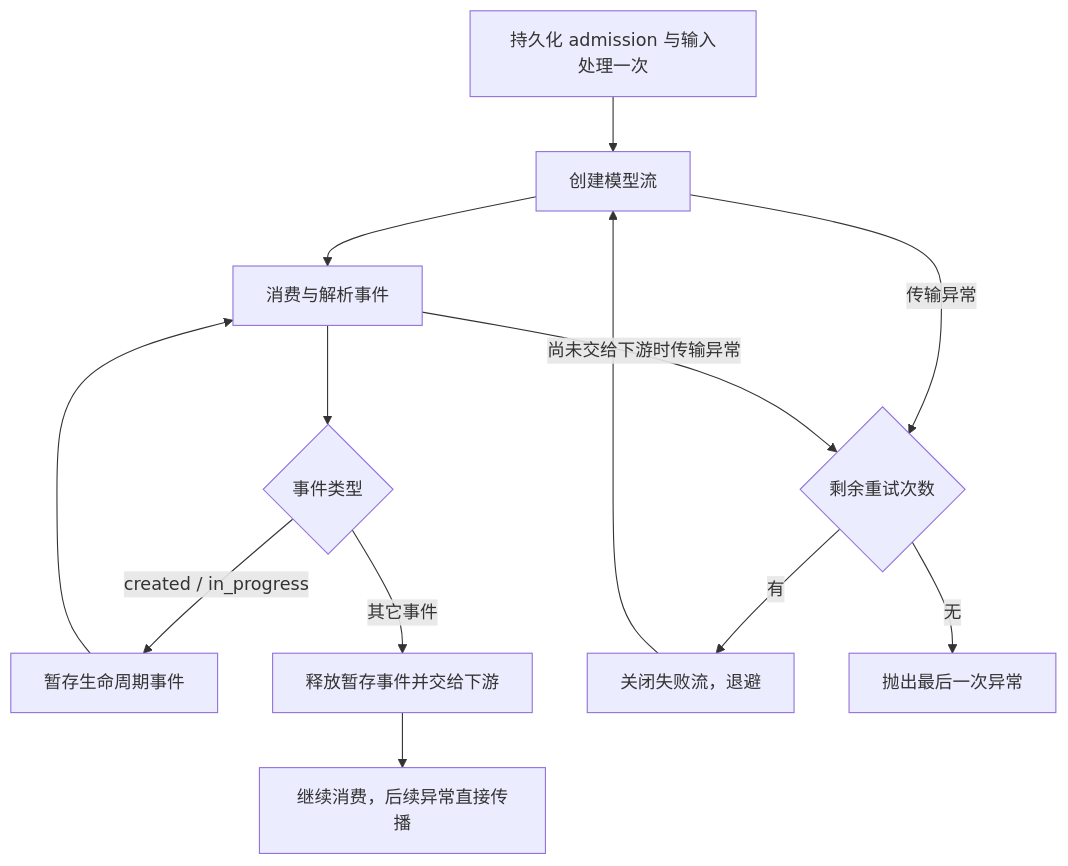
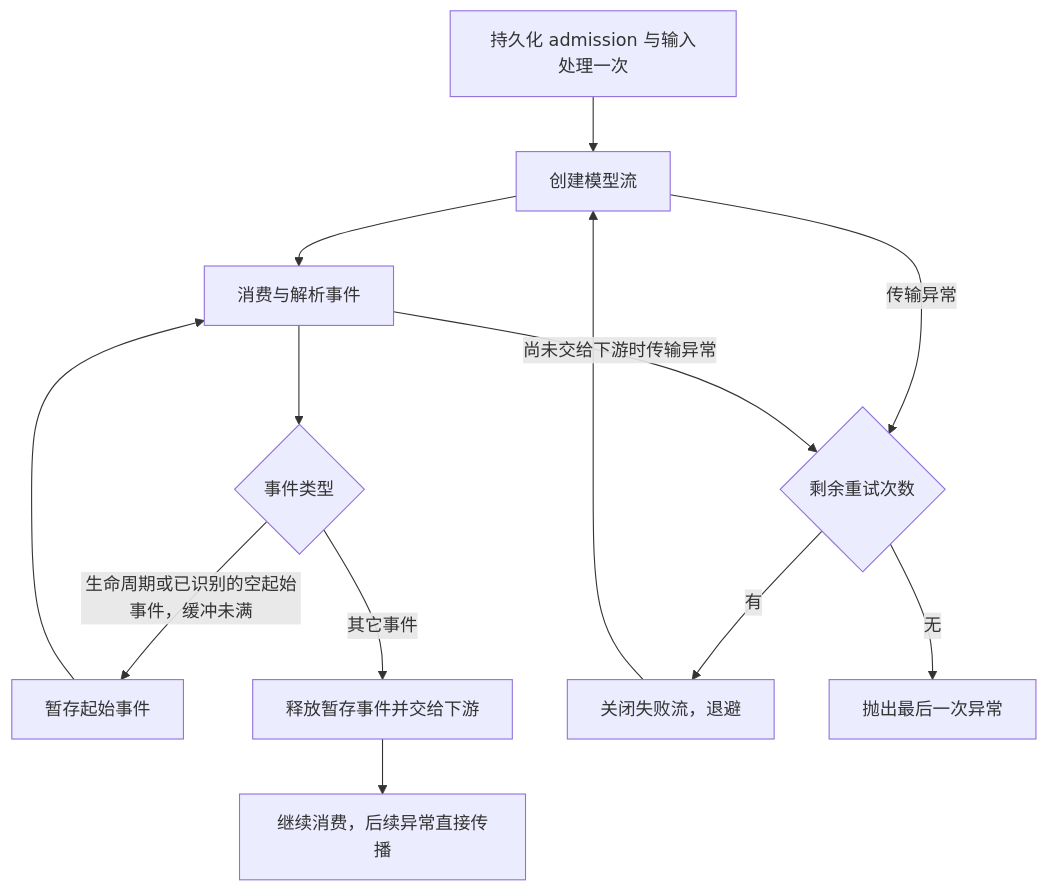
One commit to liauto-siada/siada-cli changed the diagram in docs/wiki/17_provider-routing-retries.md. Above: the diagram before and after it, drawn with Mermaid. The commit also changed other lines of this file and 4 other files, not shown here.

````diff
--- a/docs/wiki/17_provider-routing-retries.md
+++ b/docs/wiki/17_provider-routing-retries.md
@@ -80,15 +80,15 @@
 ```mermaid
 flowchart TD
     A[持久化 admission 与输入处理一次] --> B[创建模型流]
     B --> C[消费与解析事件]
     C --> D{事件类型}
-    D -->|created / in_progress| E[暂存生命周期事件]
+    D -->|生命周期或已识别的空起始事件，缓冲未满| E[暂存起始事件]
     E --> C
     D -->|其它事件| F[释放暂存事件并交给下游]
     F --> G[继续消费，后续异常直接传播]
     B -->|传输异常| H{剩余重试次数}
     C -->|尚未交给下游时传输异常| H
     H -->|有| I[关闭失败流，退避]
     I --> B
     H -->|无| J[抛出最后一次异常]
 ```
````
